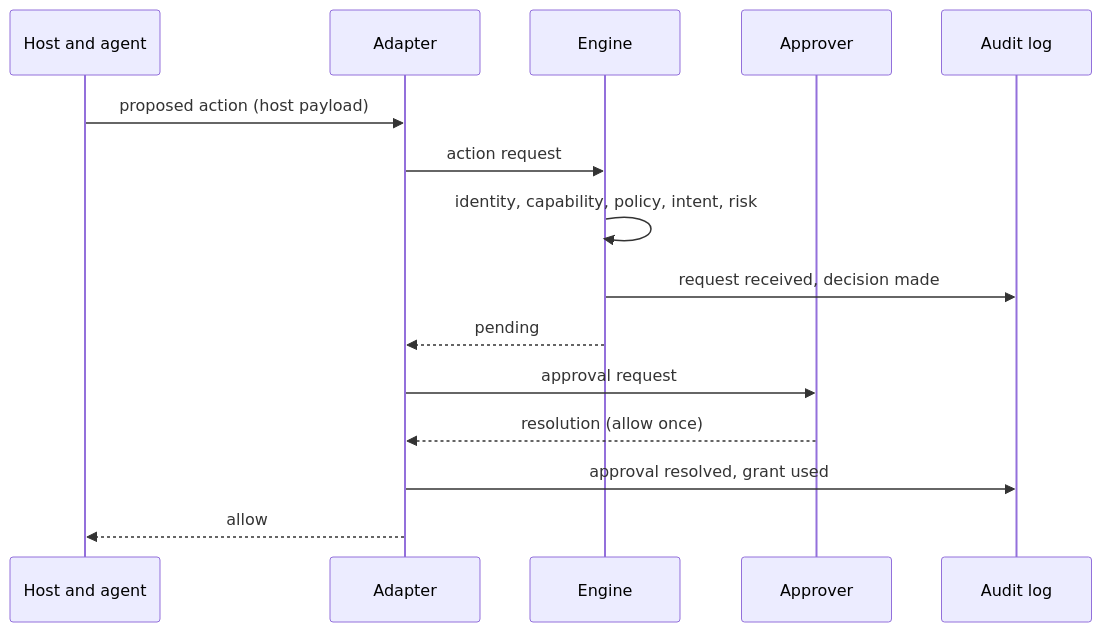
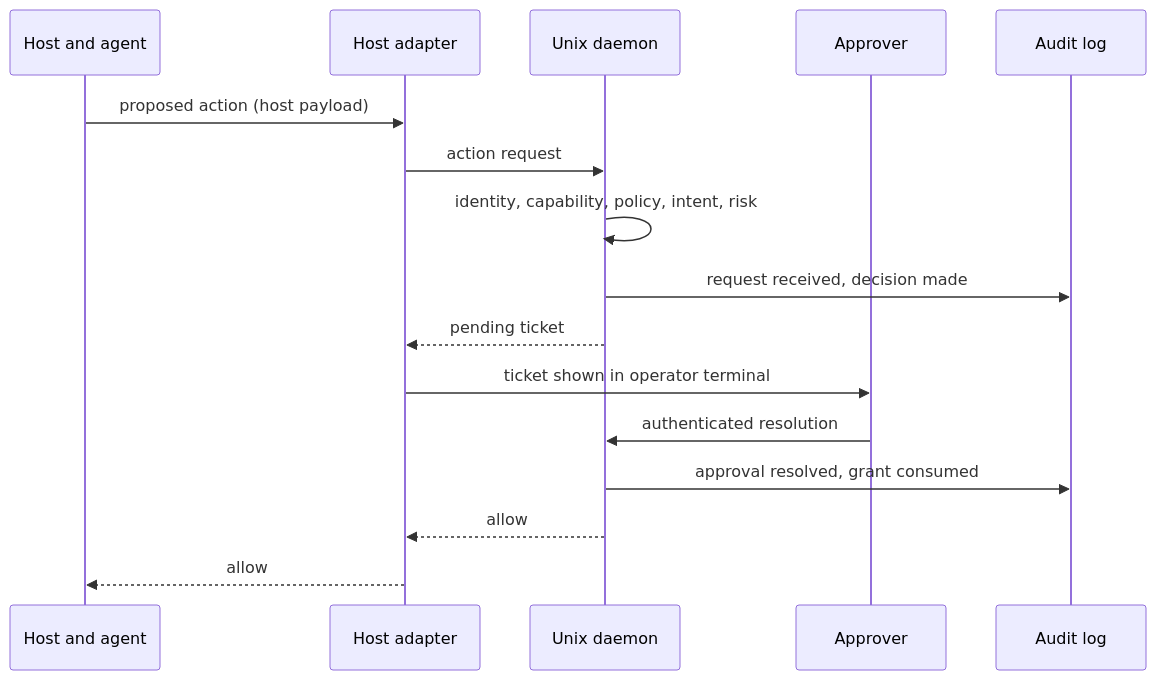
One commit to BAGOMBEKA-JOB-DEV/shiin changed the diagram in docs/architecture/decision-pipeline.md. Above: the diagram before and after it, drawn with Mermaid. The commit also changed other lines of this file and 15 other files, not shown here.

````diff
--- a/docs/architecture/decision-pipeline.md
+++ b/docs/architecture/decision-pipeline.md
@@ -36,17 +36,18 @@
 ```mermaid
 sequenceDiagram
     participant Host as Host and agent
-    participant Adapter as Adapter
-    participant Engine as Engine
+    participant Adapter as Host adapter
+    participant Daemon as Unix daemon
     participant Approver as Approver
     participant Audit as Audit log
     Host->>Adapter: proposed action (host payload)
-    Adapter->>Engine: action request
-    Engine->>Engine: identity, capability, policy, intent, risk
-    Engine->>Audit: request received, decision made
-    Engine-->>Adapter: pending
-    Adapter->>Approver: approval request
-    Approver-->>Adapter: resolution (allow once)
-    Adapter->>Audit: approval resolved, grant used
+    Adapter->>Daemon: action request
+    Daemon->>Daemon: identity, capability, policy, intent, risk
+    Daemon->>Audit: request received, decision made
+    Daemon-->>Adapter: pending ticket
+    Adapter->>Approver: ticket shown in operator terminal
+    Approver->>Daemon: authenticated resolution
+    Daemon->>Audit: approval resolved, grant consumed
+    Daemon-->>Adapter: allow
     Adapter-->>Host: allow
 ```
````
